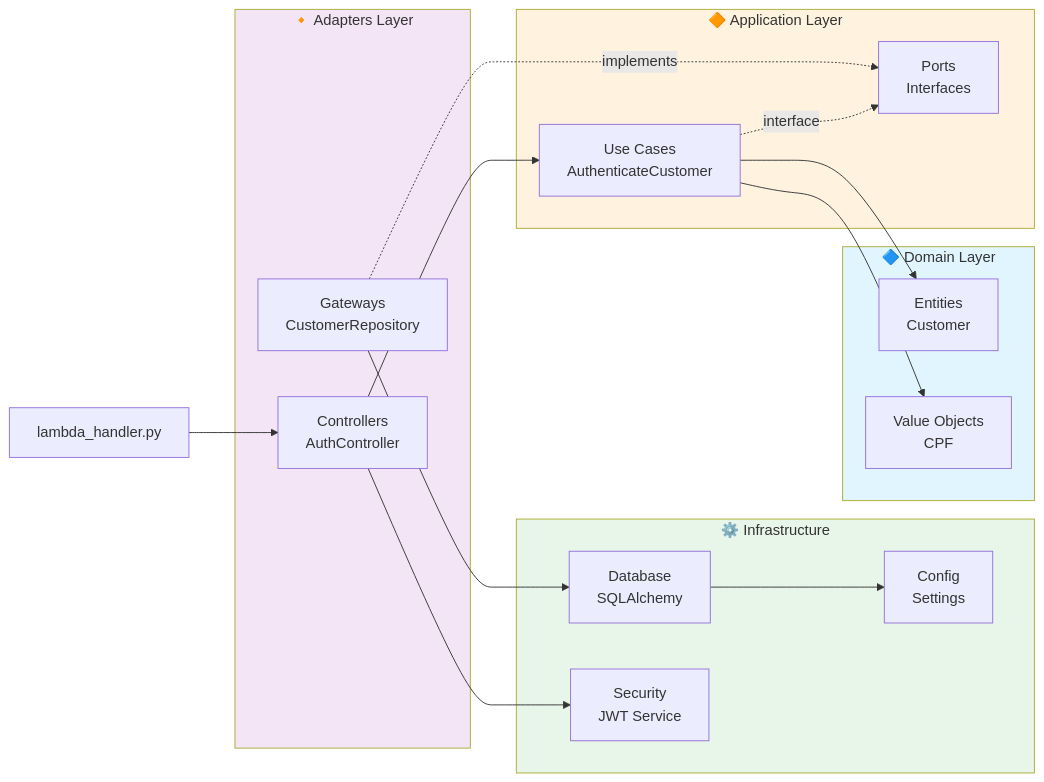
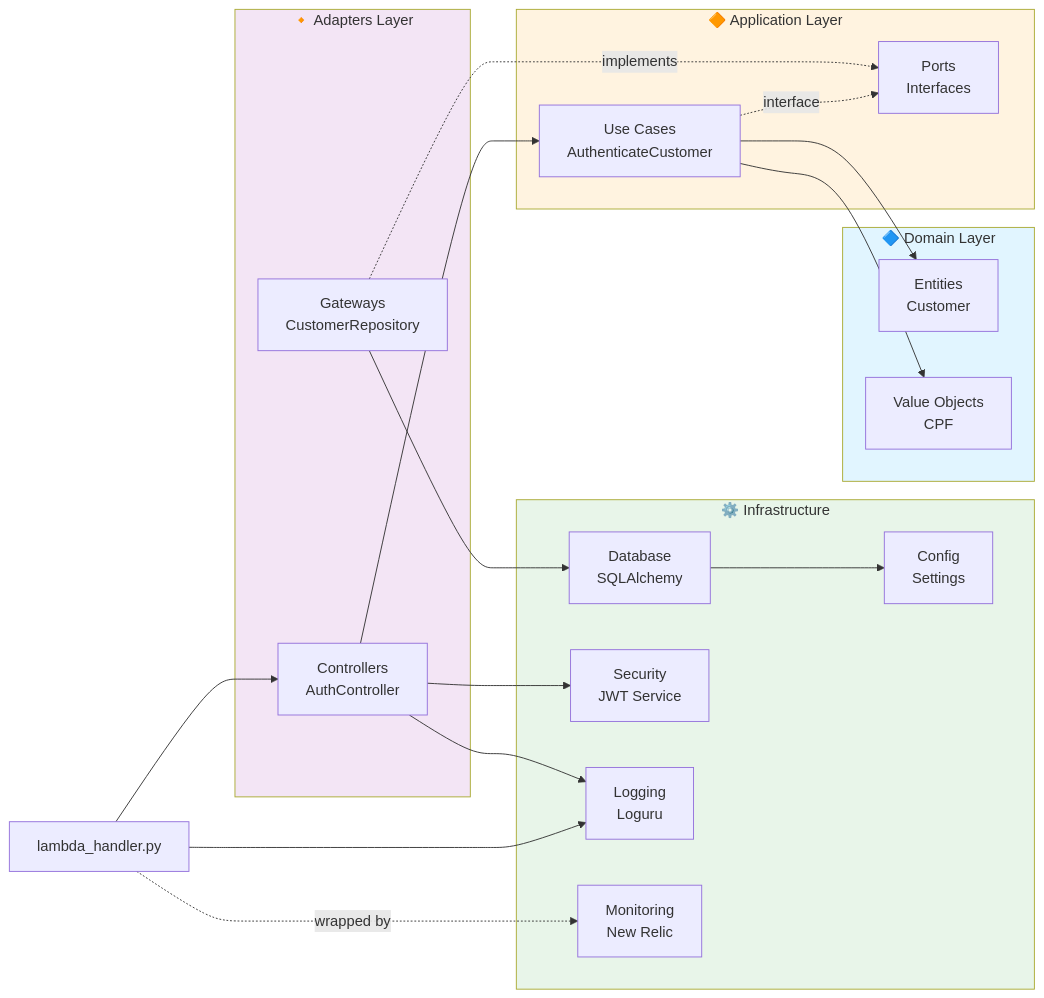
Before and after one commit to PosTechFiapGrupo/serverless-auth: the second of 2 diagrams in README.md, drawn with Mermaid. The commit also changed other lines of this file, not shown here.

````diff
--- a/README.md
+++ b/README.md
@@ -40,38 +57,43 @@
 ```mermaid
 flowchart LR
     subgraph Domain["🔷 Domain Layer"]
         Entities["Entities<br/>Customer"]
         VOs["Value Objects<br/>CPF"]
     end
     
     subgraph Application["🔶 Application Layer"]
         UseCases["Use Cases<br/>AuthenticateCustomer"]
         Ports["Ports<br/>Interfaces"]
     end
     
     subgraph Adapters["🔸 Adapters Layer"]
         Controllers["Controllers<br/>AuthController"]
         Gateways["Gateways<br/>CustomerRepository"]
     end
     
     subgraph Infrastructure["⚙️ Infrastructure"]
         DB["Database<br/>SQLAlchemy"]
         JWT["Security<br/>JWT Service"]
         Config["Config<br/>Settings"]
+        Logger["Logging<br/>Loguru"]
+        Monitor["Monitoring<br/>New Relic"]
     end
     
     Handler["lambda_handler.py"] --> Controllers
+    Handler --> Logger
+    Handler -.->|wrapped by| Monitor
     Controllers --> UseCases
     UseCases --> Entities
     UseCases --> VOs
     UseCases -.->|interface| Ports
     Gateways -.->|implements| Ports
     Gateways --> DB
     Controllers --> JWT
+    Controllers --> Logger
     DB --> Config
     
     style Domain fill:#e1f5ff
     style Application fill:#fff3e0
     style Adapters fill:#f3e5f5
     style Infrastructure fill:#e8f5e9
 ```
````
